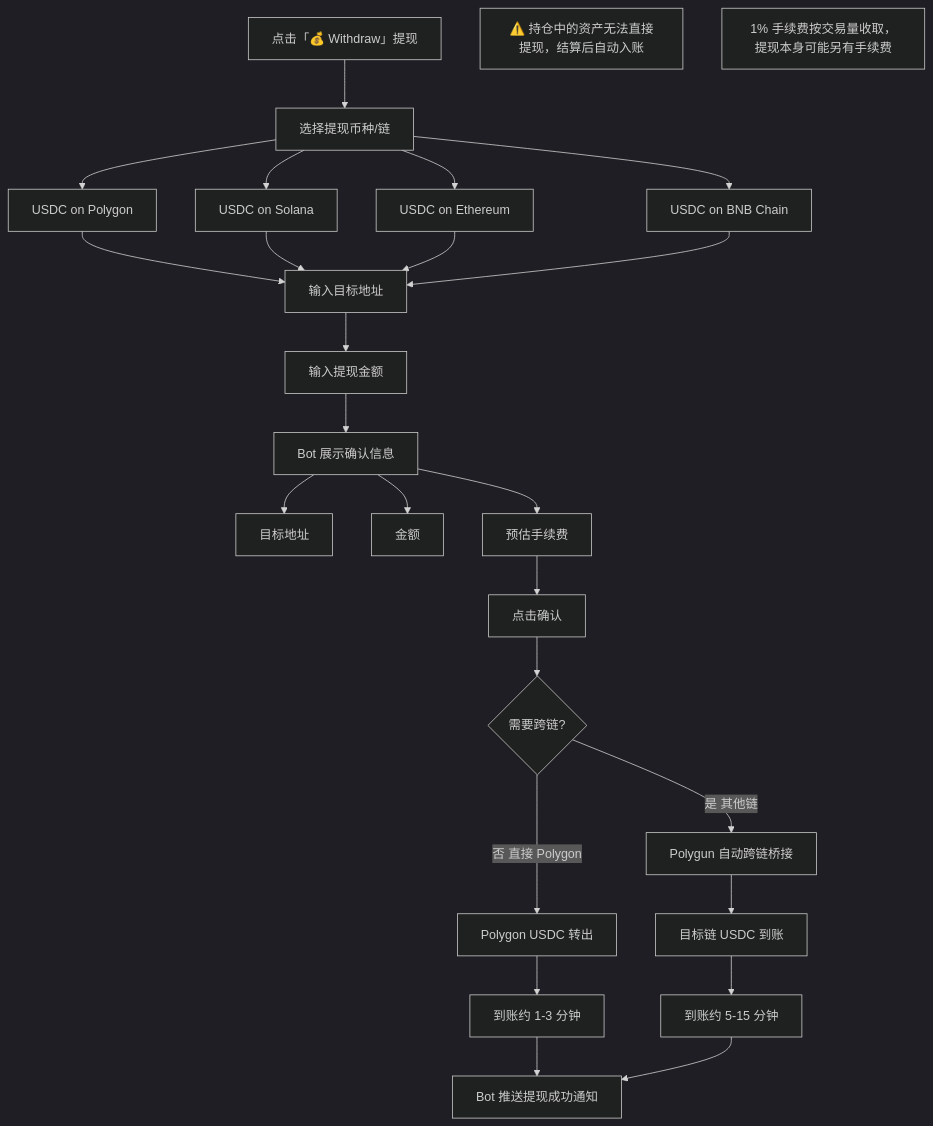
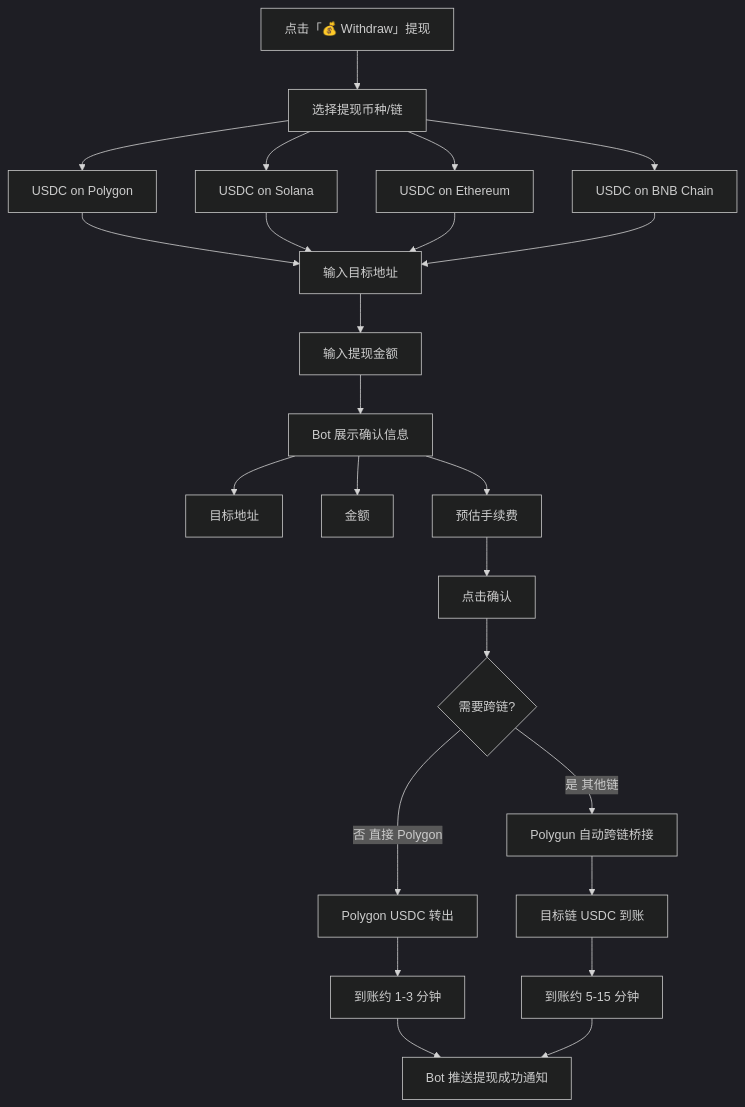
One commit to survivorff/polymarket_research changed the seventh of 16 diagrams in research/04_polygun/analysis.md. Above: the diagram before and after it, drawn with Mermaid (dark theme). The commit also changed other lines of this file and 11 other files, not shown here.

First line of the commit message:
修复所有 Mermaid 语法错误，确保流程图可正常渲染

````diff
--- a/research/04_polygun/analysis.md
+++ b/research/04_polygun/analysis.md
@@ -200,28 +200,28 @@
 ```mermaid
 flowchart TD
     A[点击「💰 Withdraw」提现] --> B[选择提现币种/链]
     B --> B1[USDC on Polygon]
     B --> B2[USDC on Solana]
     B --> B3[USDC on Ethereum]
     B --> B4[USDC on BNB Chain]
     B1 --> C[输入目标地址]
     B2 --> C
     B3 --> C
     B4 --> C
     C --> D[输入提现金额]
     D --> E[Bot 展示确认信息]
     E --> E1[目标地址]
     E --> E2[金额]
     E --> E3[预估手续费]
     E3 --> F[点击确认]
     F --> G{需要跨链?}
     G -->|否 直接 Polygon| H[Polygon USDC 转出]
     G -->|是 其他链| I[Polygun 自动跨链桥接]
     I --> J[目标链 USDC 到账]
     H --> K[到账约 1-3 分钟]
     J --> L[到账约 5-15 分钟]
     K --> M[Bot 推送提现成功通知]
     L --> M
-    note1[⚠️ 持仓中的资产无法直接提现，结算后自动入账]
-    note2[1% 手续费按交易量收取，提现本身可能另有手续费]
+    %% 注: ⚠️ 持仓中的资产无法直接提现，结算后自动入账
+    %% 注: 1% 手续费按交易量收取，提现本身可能另有手续费
 ```
````
